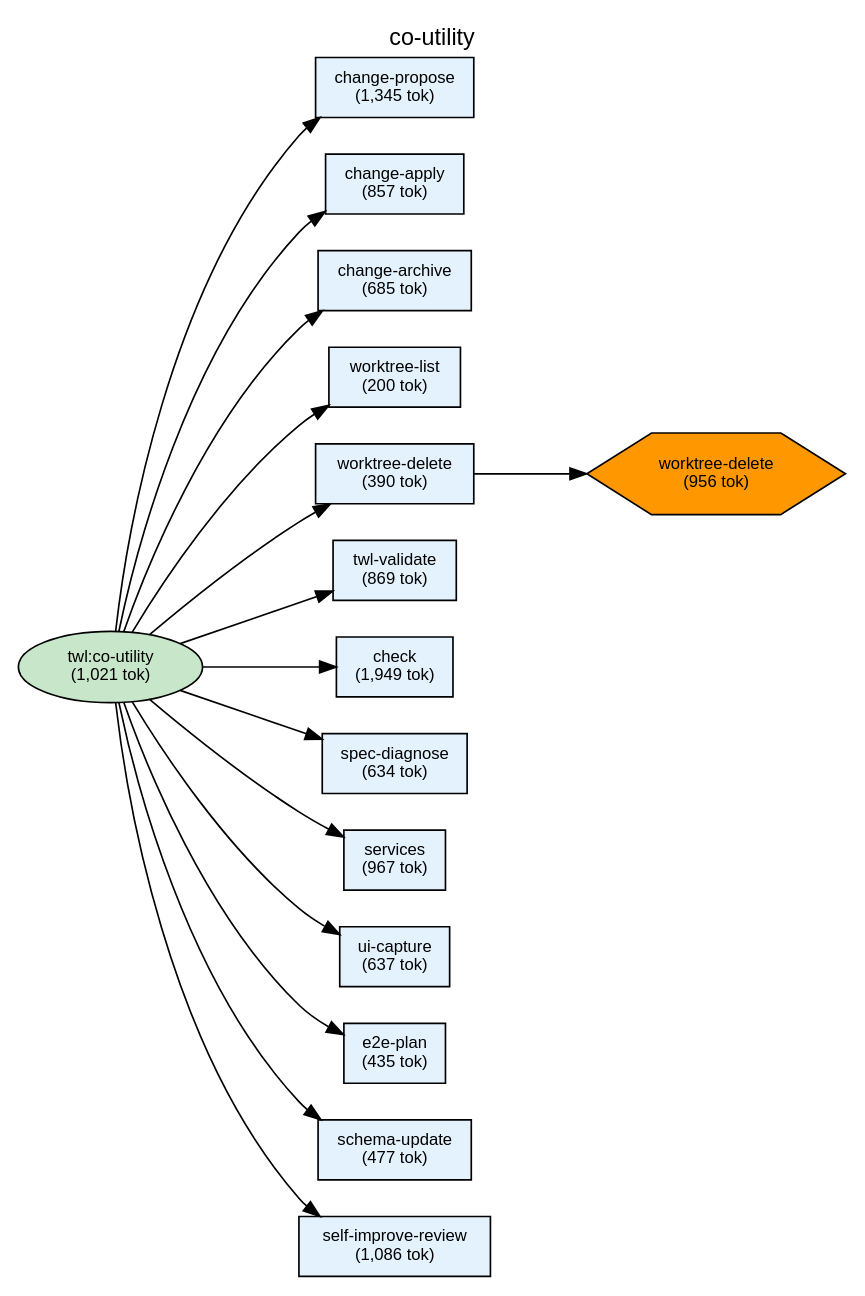
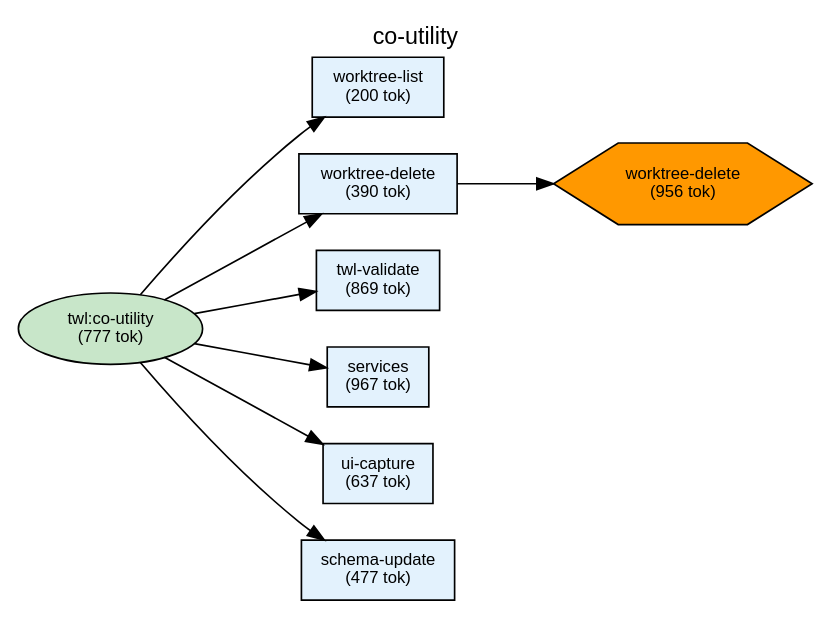
One commit to shuu5/twill changed the diagram in plugins/twl/docs/deps-co-utility.dot. Above: the diagram before and after it, drawn with Graphviz. The commit also changed 7 other files, not shown here.

```diff
--- a/plugins/twl/docs/deps-co-utility.dot
+++ b/plugins/twl/docs/deps-co-utility.dot
@@ -1,83 +1,60 @@
 digraph Dependencies {
     // Graph settings
     rankdir=LR;
     ranksep=0.8;
     nodesep=0.3;
     fontname="Helvetica";
     node [fontname="Helvetica", fontsize=10];
     edge [fontname="Helvetica", fontsize=9];
     label="co-utility";
     labelloc=t;
     fontsize=14;
 
     // L0: Controller Skills
-    skill_co_utility [label="twl:co-utility\n(1,021 tok)", shape=ellipse, style=filled, fillcolor="#c8e6c9"];
+    skill_co_utility [label="twl:co-utility\n(777 tok)", shape=ellipse, style=filled, fillcolor="#c8e6c9"];
 
     // L0: Launchers
 
     // L0.5: Workflow Skills
 
     // Reference Skills
 
     // L1: Direct Commands
-    cmd_self_improve_review [label="self-improve-review\n(1,086 tok)", shape=box, style=filled, fillcolor="#e3f2fd"];
     cmd_worktree_list [label="worktree-list\n(200 tok)", shape=box, style=filled, fillcolor="#e3f2fd"];
-    cmd_change_propose [label="change-propose\n(1,345 tok)", shape=box, style=filled, fillcolor="#e3f2fd"];
-    cmd_change_apply [label="change-apply\n(857 tok)", shape=box, style=filled, fillcolor="#e3f2fd"];
-    cmd_change_archive [label="change-archive\n(685 tok)", shape=box, style=filled, fillcolor="#e3f2fd"];
-    cmd_check [label="check\n(1,949 tok)", shape=box, style=filled, fillcolor="#e3f2fd"];
     cmd_twl_validate [label="twl-validate\n(869 tok)", shape=box, style=filled, fillcolor="#e3f2fd"];
     cmd_services [label="services\n(967 tok)", shape=box, style=filled, fillcolor="#e3f2fd"];
     cmd_ui_capture [label="ui-capture\n(637 tok)", shape=box, style=filled, fillcolor="#e3f2fd"];
-    cmd_e2e_plan [label="e2e-plan\n(435 tok)", shape=box, style=filled, fillcolor="#e3f2fd"];
     cmd_worktree_delete [label="worktree-delete\n(390 tok)", shape=box, style=filled, fillcolor="#e3f2fd"];
     cmd_schema_update [label="schema-update\n(477 tok)", shape=box, style=filled, fillcolor="#e3f2fd"];
-    cmd_spec_diagnose [label="spec-diagnose\n(634 tok)", shape=box, style=filled, fillcolor="#e3f2fd"];
 
     // L2: Sub Commands
 
     // L3: Agents
 
     // L3.5: Scripts
     script_worktree_delete [label="worktree-delete\n(956 tok)", shape=hexagon, style=filled, fillcolor="#FF9800"];
 
     // L4: External
 
     // Layer constraints
     { rank=same; skill_co_utility; }
-    { rank=same; cmd_self_improve_review; cmd_worktree_list; cmd_change_propose; cmd_change_apply; cmd_change_archive; cmd_check; cmd_twl_validate; cmd_services; cmd_ui_capture; cmd_e2e_plan; cmd_worktree_delete; cmd_schema_update; cmd_spec_diagnose; }
+    { rank=same; cmd_worktree_list; cmd_twl_validate; cmd_services; cmd_ui_capture; cmd_worktree_delete; cmd_schema_update; }
     { rank=same; script_worktree_delete; }
 
     // Edges
-    skill_co_utility -> cmd_change_propose;
-    skill_co_utility -> cmd_change_apply;
-    skill_co_utility -> cmd_change_archive;
     skill_co_utility -> cmd_worktree_list;
     skill_co_utility -> cmd_worktree_delete;
     skill_co_utility -> cmd_twl_validate;
-    skill_co_utility -> cmd_check;
-    skill_co_utility -> cmd_spec_diagnose;
     skill_co_utility -> cmd_services;
     skill_co_utility -> cmd_ui_capture;
-    skill_co_utility -> cmd_e2e_plan;
     skill_co_utility -> cmd_schema_update;
-    skill_co_utility -> cmd_self_improve_review;
     cmd_worktree_delete -> script_worktree_delete;
 
     // Ordering constraints (invisible edges)
-    cmd_change_propose -> cmd_change_apply [style=invis, weight=10];
-    cmd_change_apply -> cmd_change_archive [style=invis, weight=10];
-    cmd_change_archive -> cmd_worktree_list [style=invis, weight=10];
     cmd_worktree_list -> cmd_worktree_delete [style=invis, weight=10];
     cmd_worktree_delete -> cmd_twl_validate [style=invis, weight=10];
-    cmd_twl_validate -> cmd_check [style=invis, weight=10];
-    cmd_check -> cmd_spec_diagnose [style=invis, weight=10];
-    cmd_spec_diagnose -> cmd_services [style=invis, weight=10];
+    cmd_twl_validate -> cmd_services [style=invis, weight=10];
     cmd_services -> cmd_ui_capture [style=invis, weight=10];
-    cmd_ui_capture -> cmd_e2e_plan [style=invis, weight=10];
-    cmd_e2e_plan -> cmd_schema_update [style=invis, weight=10];
-    cmd_schema_update -> cmd_self_improve_review [style=invis, weight=10];
-    cmd_change_apply -> cmd_check [style=invis, weight=10];
-    cmd_check -> cmd_e2e_plan [style=invis, weight=10];
+    cmd_ui_capture -> cmd_schema_update [style=invis, weight=10];
 
 }
```
